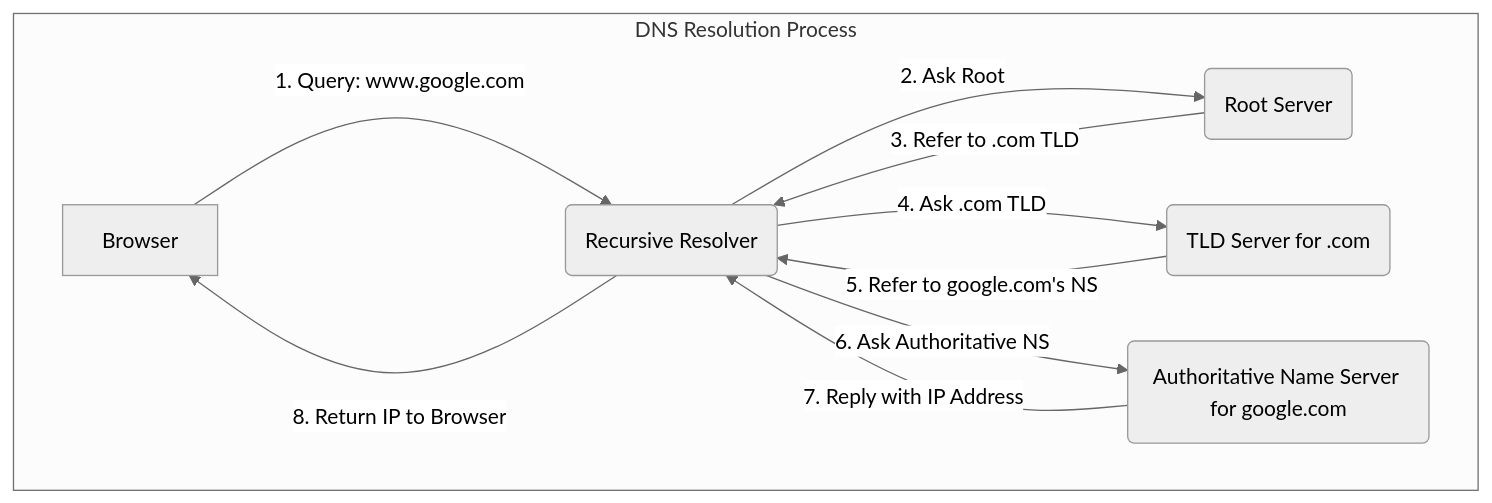
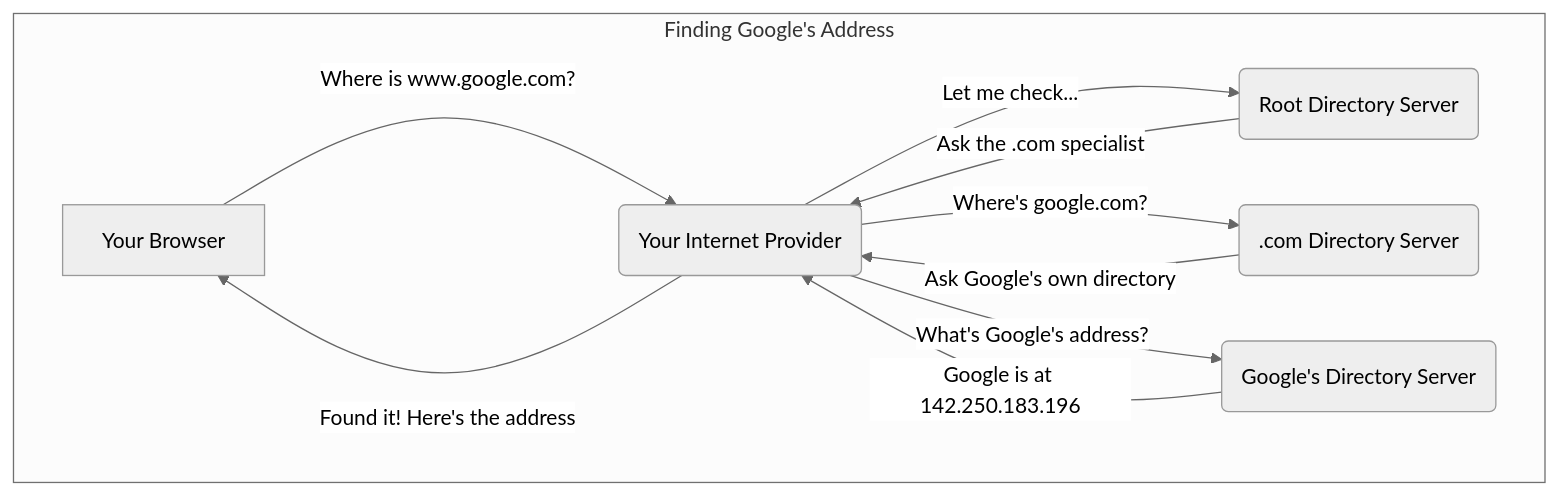
Before and after one commit to AltamashAhmad/Browser_and_Server_guide: the fourth of 7 diagrams in README.md, drawn with Mermaid (neutral theme). The commit also changed other lines of this file, not shown here.

````diff
--- a/README.md
+++ b/README.md
@@ -172,13 +268,13 @@
 ```mermaid
 graph TD
-    subgraph "DNS Resolution Process"
-        A[Browser] -->|"1. Query: www.google.com"| B("Recursive Resolver");
-        B -->|"2. Ask Root"| C("Root Server");
-        C -->|"3. Refer to .com TLD"| B;
-        B -->|"4. Ask .com TLD"| D("TLD Server for .com");
-        D -->|"5. Refer to google.com's NS"| B;
-        B -->|"6. Ask Authoritative NS"| E("Authoritative Name Server for google.com");
-        E -->|"7. Reply with IP Address"| B;
+    subgraph "Finding Google's Address"
+        A[Your Browser] -->|"Where is www.google.com?"| B("Your Internet Provider");
+        B -->|"Let me check..."| C("Root Directory Server");
+        C -->|"Ask the .com specialist"| B;
+        B -->|"Where's google.com?"| D(".com Directory Server");
+        D -->|"Ask Google's own directory"| B;
+        B -->|"What's Google's address?"| E("Google's Directory Server");
+        E -->|"Google is at 142.250.183.196"| B;
     end
-    B -->|"8. Return IP to Browser"| A;
+    B -->|"Found it! Here's the address"| A;
 ```
````
